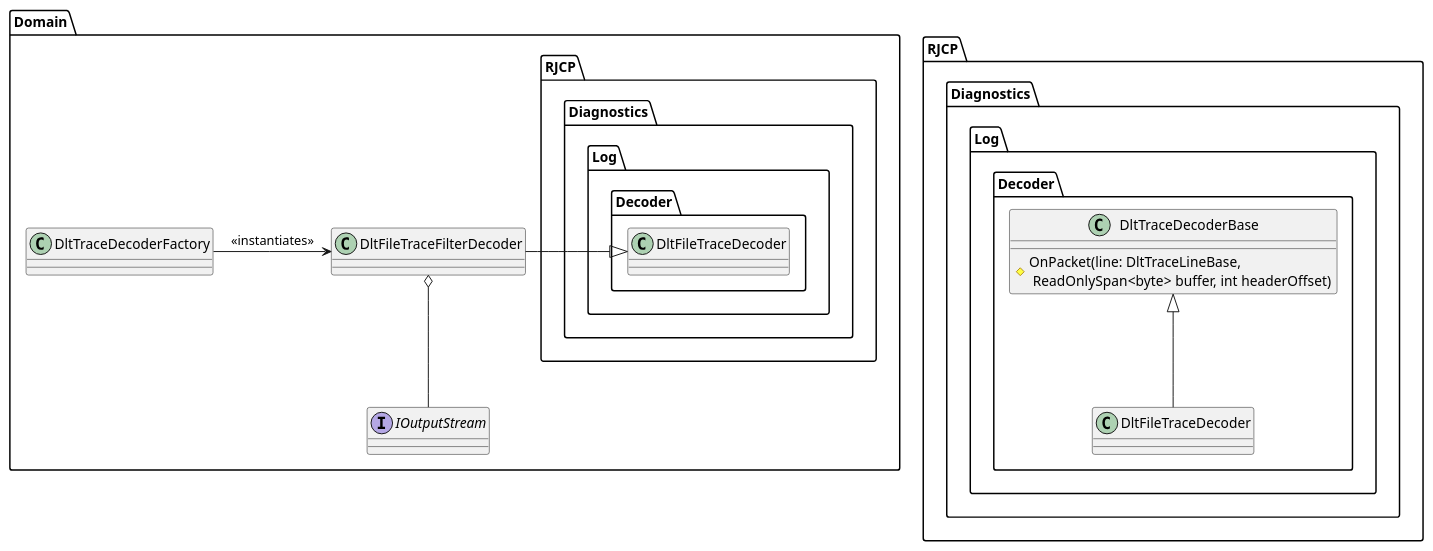
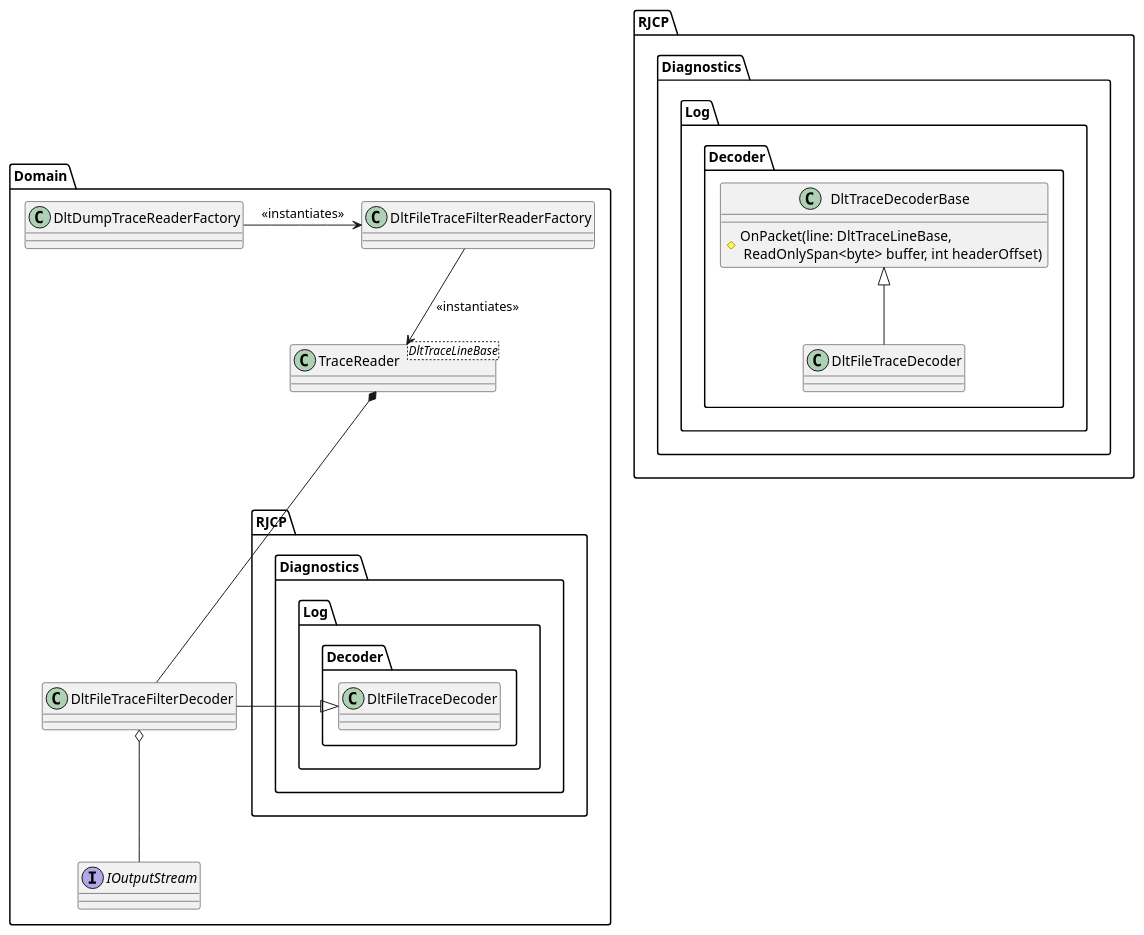
The diagram in apps/DltDump/docs/diagrams/domaindecoder.plantuml (jcurl/RJCP.DLL.Log), drawn with PlantUML before and after one commit. The commit also changed 8 other files, not shown here.

First line of the commit message:
DltDump: Provide design for decoding PCAPs

```diff
--- a/apps/DltDump/docs/diagrams/domaindecoder.plantuml
+++ b/apps/DltDump/docs/diagrams/domaindecoder.plantuml
@@ -1,22 +1,25 @@
 @startuml Domain.Decoder.Writer
 
 namespace Domain {
-  class DltTraceDecoderFactory
+  class DltDumpTraceReaderFactory
   interface IOutputStream
 
-  DltTraceDecoderFactory -r-> DltFileTraceFilterDecoder : <<instantiates>>
+  DltDumpTraceReaderFactory -r-> DltFileTraceFilterReaderFactory : <<instantiates>>
 
+  class DltFileTraceFilterReaderFactory
+  class TraceReader<DltTraceLineBase>
   class DltFileTraceFilterDecoder
+  DltFileTraceFilterReaderFactory -d-> TraceReader : <<instantiates>>
+  TraceReader *-d- DltFileTraceFilterDecoder
   DltFileTraceFilterDecoder -r-|> RJCP.Diagnostics.Log.Decoder.DltFileTraceDecoder
   DltFileTraceFilterDecoder o-d- IOutputStream
 }
 
 namespace RJCP.Diagnostics.Log.Decoder {
     class DltTraceDecoderBase {
         #OnPacket(line: DltTraceLineBase,\n ReadOnlySpan<byte> buffer, int headerOffset)
     }
     class DltFileTraceDecoder
-   DltTraceDecoderBase <|-d- DltFileTraceDecoder
+    DltTraceDecoderBase <|-d- DltFileTraceDecoder
 }
-
 @enduml
```
